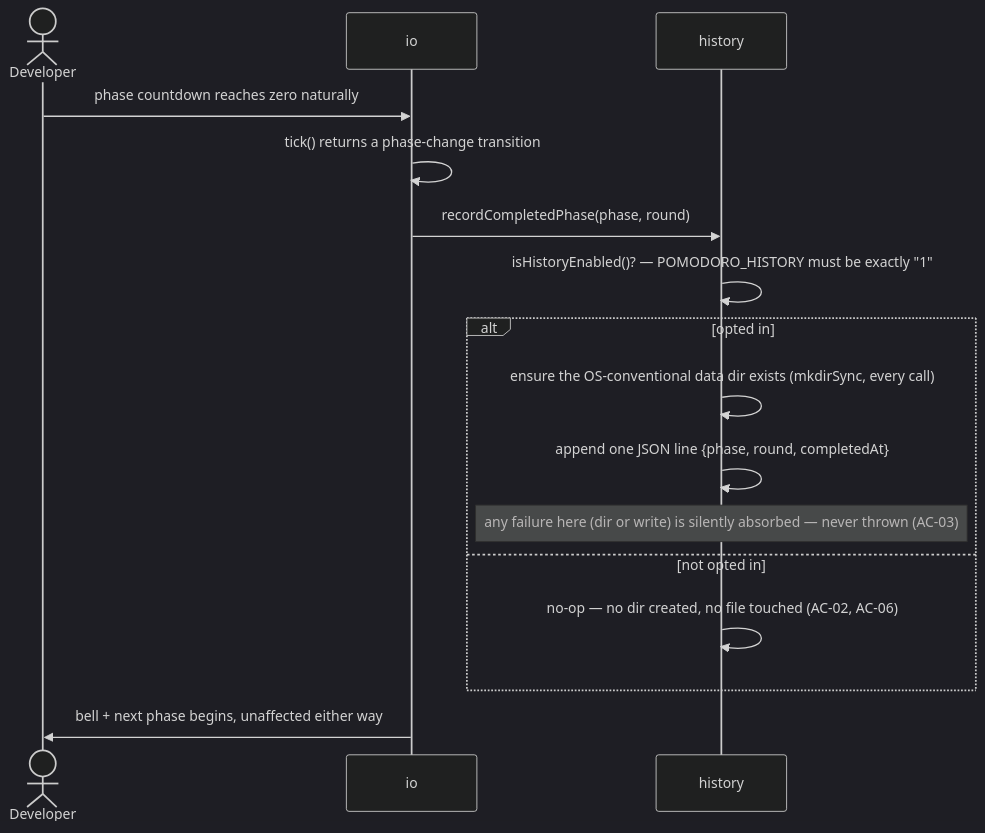
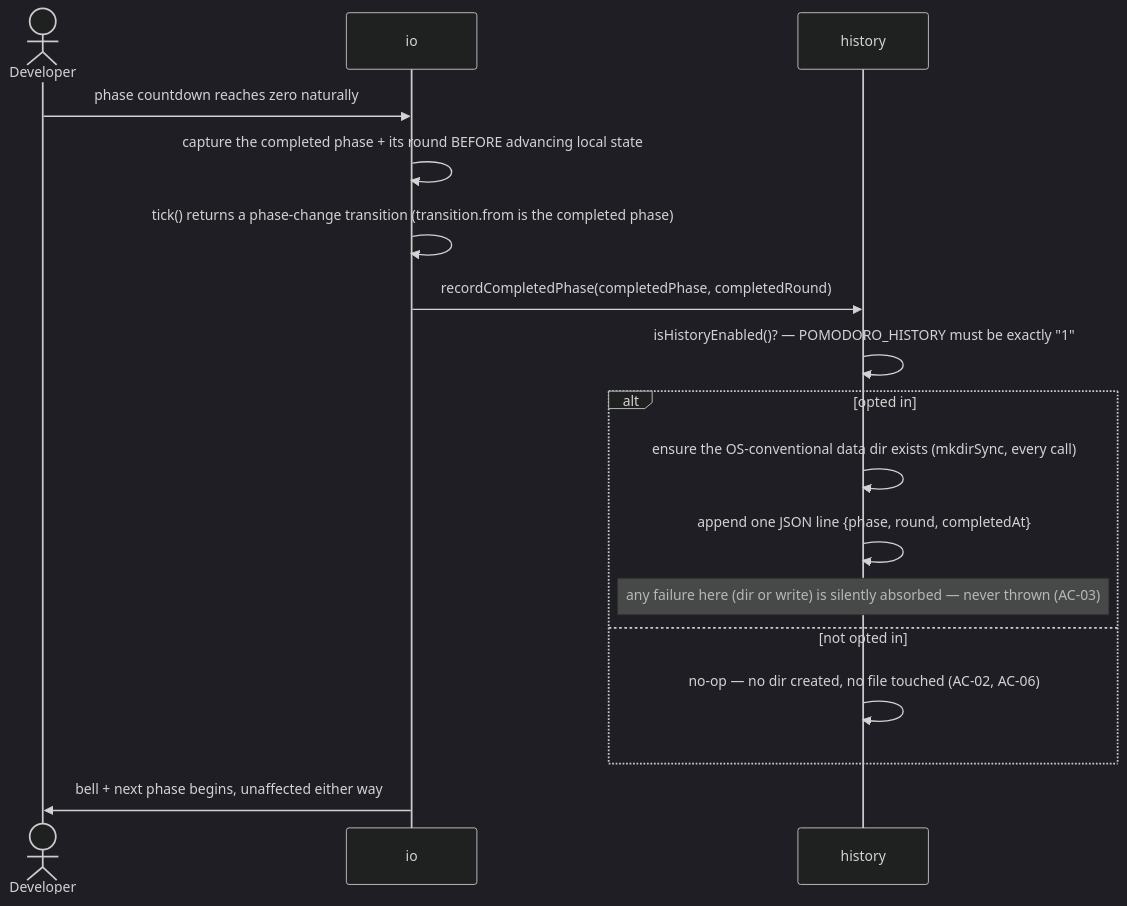
One commit to yanvit/cli-pomodoro-tool changed the third of 3 diagrams in docs/features/session-history/sad.md. Above: the diagram before and after it, drawn with Mermaid (dark theme). The commit also changed other lines of this file, not shown here.

First line of the commit message:
design: session-history finalization (critic pass)

````diff
--- a/docs/features/session-history/sad.md
+++ b/docs/features/session-history/sad.md
@@ -142,18 +143,19 @@
 ```mermaid
 sequenceDiagram
     actor Developer
     participant io
     participant history
     Developer->>io: phase countdown reaches zero naturally
-    io->>io: tick() returns a phase-change transition
-    io->>history: recordCompletedPhase(phase, round)
+    io->>io: capture the completed phase + its round BEFORE advancing local state
+    io->>io: tick() returns a phase-change transition (transition.from is the completed phase)
+    io->>history: recordCompletedPhase(completedPhase, completedRound)
     history->>history: isHistoryEnabled()? — POMODORO_HISTORY must be exactly "1"
     alt opted in
         history->>history: ensure the OS-conventional data dir exists (mkdirSync, every call)
         history->>history: append one JSON line {phase, round, completedAt}
         Note over history: any failure here (dir or write) is silently absorbed — never thrown (AC-03)
     else not opted in
         history->>history: no-op — no dir created, no file touched (AC-02, AC-06)
     end
     io->>Developer: bell + next phase begins, unaffected either way
 ```
````
